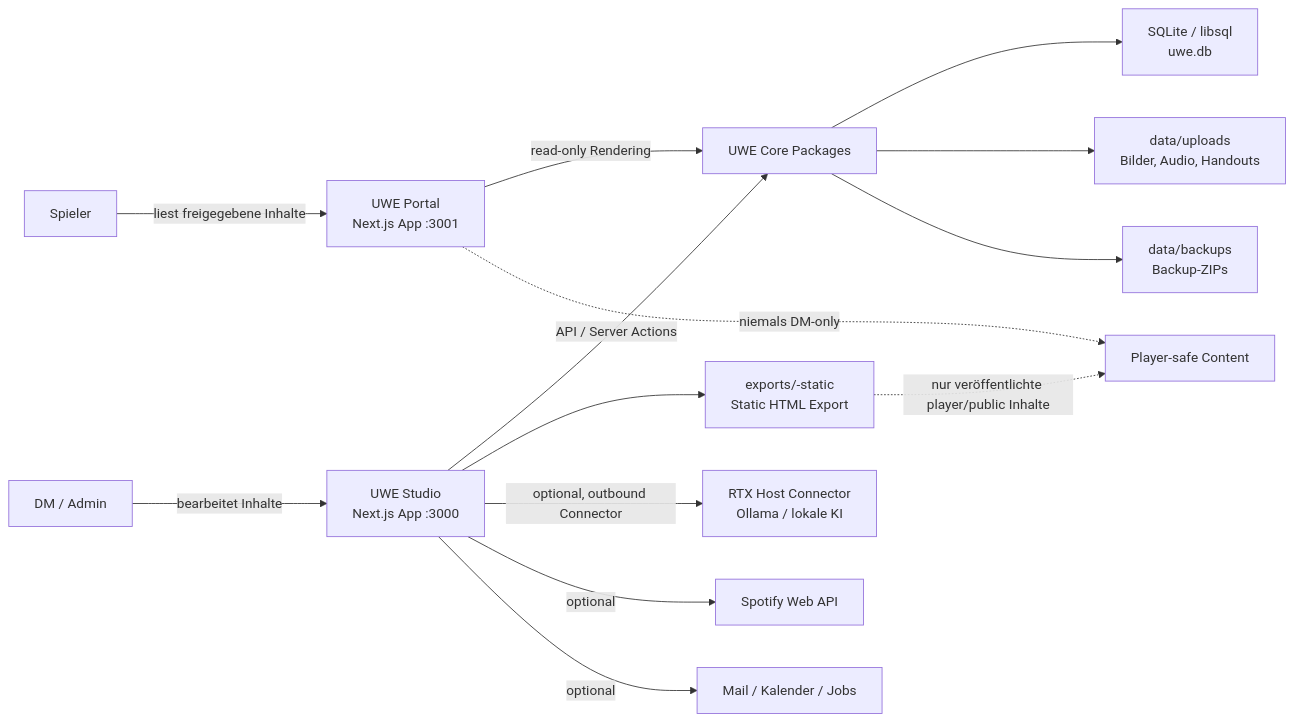
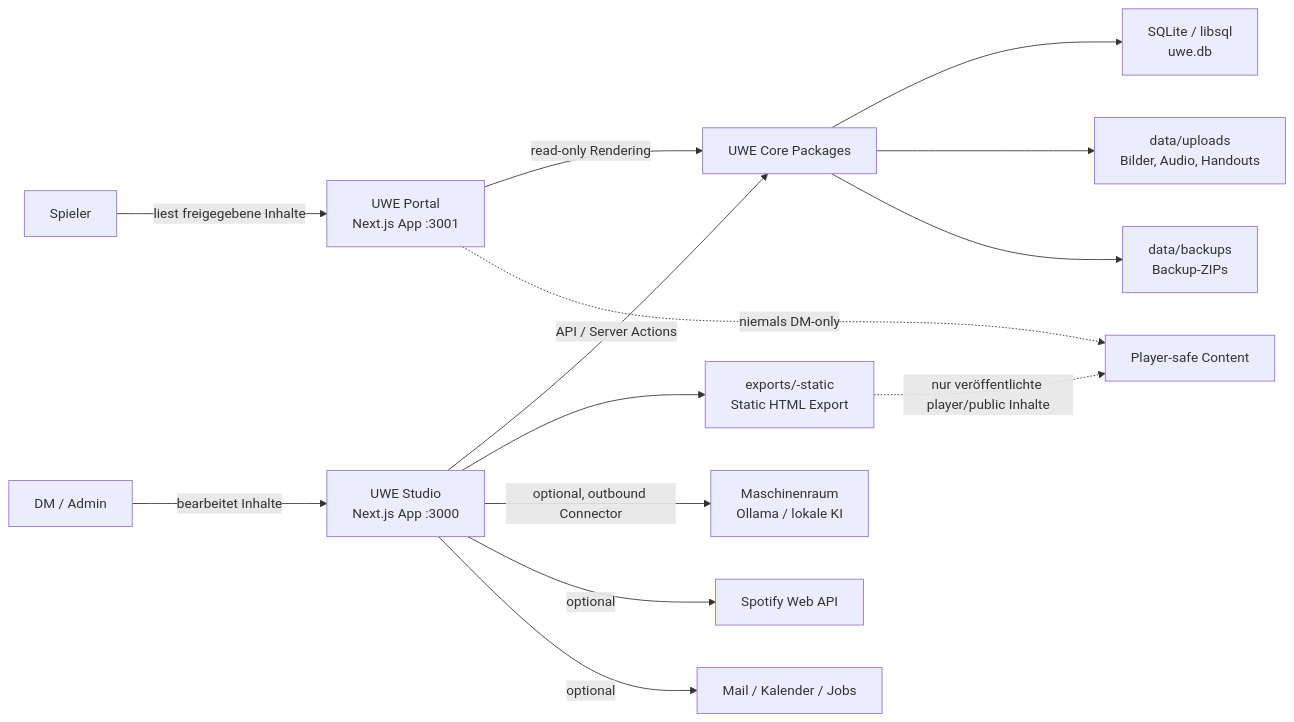
The second of 6 diagrams in docs/ARCHITECTURE.md (Nehmo101/UWE), drawn with Mermaid before and after one commit. The commit also changed other lines of this file and 119 other files, not shown here.

First line of the commit message:
feat(command-center): Ersteinrichtungs-Assistent + Umbenennung RTX Connector → Maschinenraum

````diff
--- a/docs/ARCHITECTURE.md
+++ b/docs/ARCHITECTURE.md
@@ -58,20 +58,20 @@
 ```mermaid
 flowchart LR
   DM["DM / Admin"] -->|bearbeitet Inhalte| Studio["UWE Studio<br/>Next.js App :3000"]
   Player["Spieler"] -->|liest freigegebene Inhalte| Portal["UWE Portal<br/>Next.js App :3001"]
 
   Studio -->|API / Server Actions| Core["UWE Core Packages"]
   Portal -->|read-only Rendering| Core
 
   Core --> Database["SQLite / libsql<br/>uwe.db"]
   Core --> Uploads["data/uploads<br/>Bilder, Audio, Handouts"]
   Core --> Backups["data/backups<br/>Backup-ZIPs"]
   Studio --> Exports["exports/<world>-static<br/>Static HTML Export"]
 
-  Studio -->|optional, outbound Connector| RTX["RTX Host Connector<br/>Ollama / lokale KI"]
+  Studio -->|optional, outbound Connector| RTX["Maschinenraum<br/>Ollama / lokale KI"]
   Studio -->|optional| Spotify["Spotify Web API"]
   Studio -->|optional| MailCalendar["Mail / Kalender / Jobs"]
 
   Portal -.->|niemals DM-only| PlayerSafe["Player-safe Content"]
   Exports -.->|nur veröffentlichte player/public Inhalte| PlayerSafe
 ```
````
